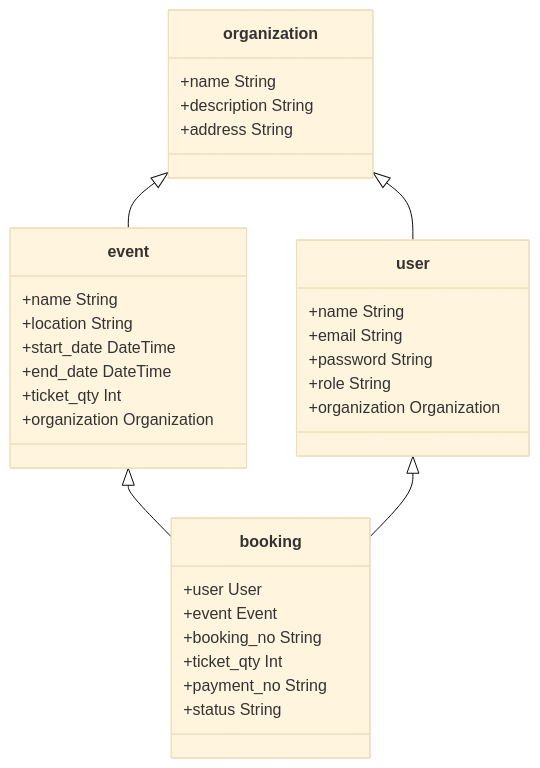
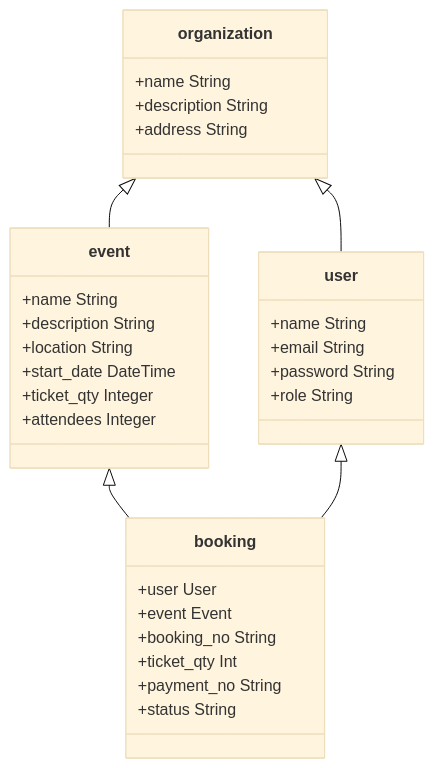
The diagram in README.md (Citra-citoru/ticketing_system), drawn with Mermaid (base theme) before and after one commit.

Commit message:
Update README.md
update class diagram

````diff
--- a/README.md
+++ b/README.md
@@ -6,35 +6,34 @@
 ```mermaid
 classDiagram
   class organization{
     +name String
     +description String
     +address String
   }
   class user{
     +name String
     +email String
     +password String
     +role String
-    +organization Organization
   }
   class event{
     +name String
+    +description String
     +location String
     +start_date DateTime
-    +end_date DateTime
-    +ticket_qty Int
-    +organization Organization
+    +ticket_qty Integer
+    +attendees Integer
   }
   class booking{
     +user User
     +event Event
     +booking_no String
     +ticket_qty Int
     +payment_no String
     +status String
   }
   event <|-- booking
   user <|-- booking
   organization <|-- user
   organization <|-- event
 ```
````
